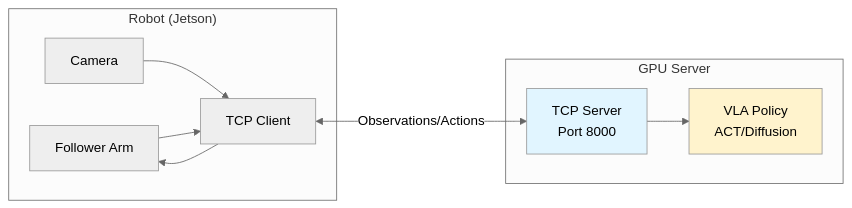
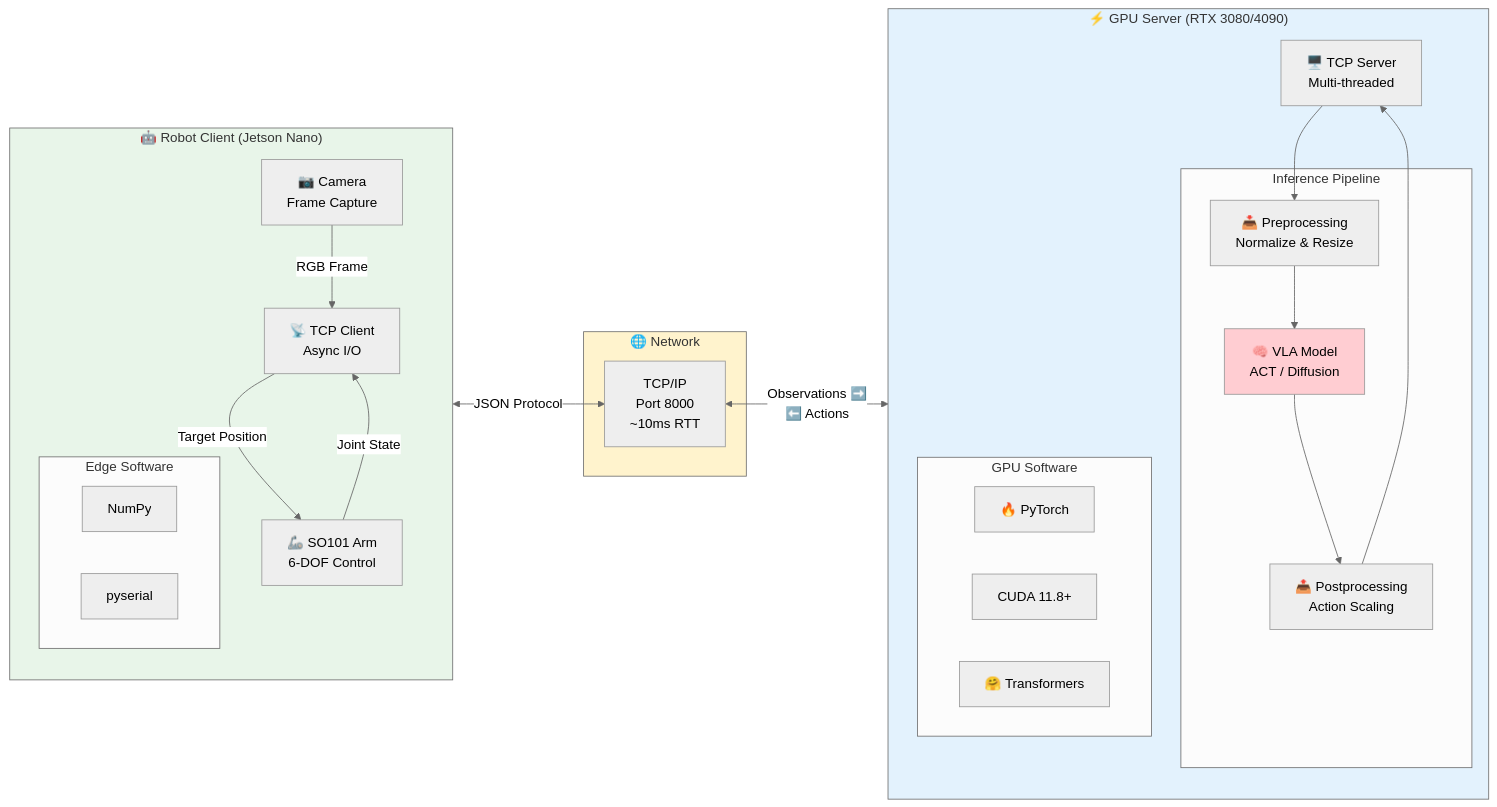
Before and after one commit to nu-jliu/nu-jliu.github.io: the fourth of 5 diagrams in _posts/2025-12-18-allen-vla.md, drawn with Mermaid (neutral theme). The commit also changed other lines of this file, not shown here.

Commit message:
update diagrams

````diff
--- a/_posts/2025-12-18-allen-vla.md
+++ b/_posts/2025-12-18-allen-vla.md
@@ -149,22 +239,50 @@
 ```mermaid
-graph LR
-    subgraph Robot["Robot (Jetson)"]
-        ARM["Follower Arm"]
-        CAM["Camera"]
-        CLIENT["TCP Client"]
+flowchart LR
+    subgraph Robot["🤖 Robot Client (Jetson Nano)"]
+        direction TB
+        ARM["🦾 SO101 Arm<br/>6-DOF Control"]
+        CAM["📷 Camera<br/>Frame Capture"]
+        CLIENT["📡 TCP Client<br/>Async I/O"]
+
+        subgraph EdgeStack["Edge Software"]
+            NUMPY["NumPy"]
+            SERIAL["pyserial"]
+        end
     end
 
-    subgraph GPU["GPU Server"]
-        SERVER["TCP Server<br/>Port 8000"]
-        POLICY["VLA Policy<br/>ACT/Diffusion"]
+    subgraph Network["🌐 Network"]
+        TCP["TCP/IP<br/>Port 8000<br/>~10ms RTT"]
     end
 
-    CAM --> CLIENT
-    ARM --> CLIENT
-    CLIENT <-->|Observations/Actions| SERVER
-    SERVER --> POLICY
-    CLIENT --> ARM
+    subgraph GPU["⚡ GPU Server (RTX 3080/4090)"]
+        direction TB
+        SERVER["🖥️ TCP Server<br/>Multi-threaded"]
 
-    style POLICY fill:#fff3cd
-    style SERVER fill:#e1f5ff
+        subgraph Inference["Inference Pipeline"]
+            PREPROCESS["📥 Preprocessing<br/>Normalize & Resize"]
+            MODEL["🧠 VLA Model<br/>ACT / Diffusion"]
+            POSTPROCESS["📤 Postprocessing<br/>Action Scaling"]
+        end
+
+        subgraph GPUStack["GPU Software"]
+            TORCH2["🔥 PyTorch"]
+            CUDA["CUDA 11.8+"]
+            HF2["🤗 Transformers"]
+        end
+    end
+
+    CAM -->|"RGB Frame"| CLIENT
+    ARM -->|"Joint State"| CLIENT
+    CLIENT <-->|"JSON Protocol"| TCP
+    TCP <-->|"Observations ➡️<br/>⬅️ Actions"| SERVER
+    SERVER --> PREPROCESS
+    PREPROCESS --> MODEL
+    MODEL --> POSTPROCESS
+    POSTPROCESS --> SERVER
+    CLIENT -->|"Target Position"| ARM
+
+    style Robot fill:#e8f5e9
+    style GPU fill:#e3f2fd
+    style Network fill:#fff3cd
+    style MODEL fill:#ffcdd2
 ```
````
